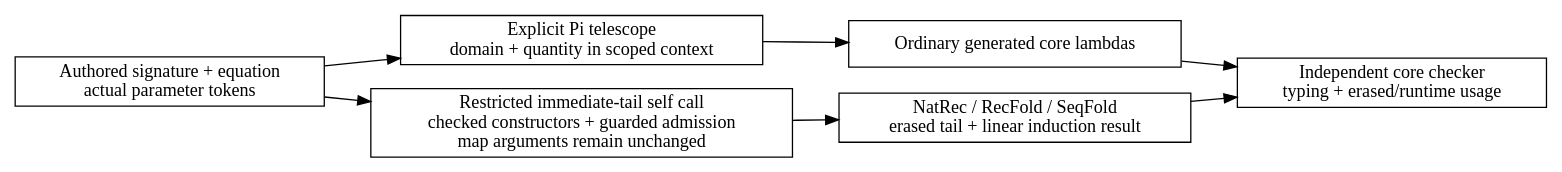
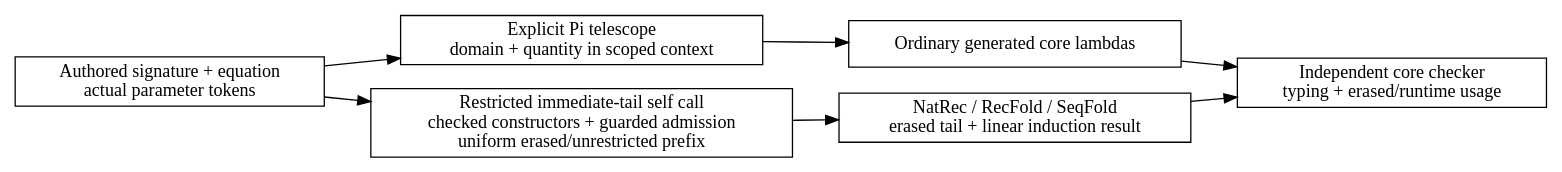
Before and after one commit to odunboye/fibril: the diagram in docs/diagrams/function-equations.dot, drawn with Graphviz. The commit also changed 8 other files, not shown here.

```diff
--- a/docs/diagrams/function-equations.dot
+++ b/docs/diagrams/function-equations.dot
@@ -1,12 +1,12 @@
 digraph FunctionEquations {
   rankdir=LR;
   node [shape=box];
   source [label="Authored signature + equation\nactual parameter tokens"];
   pi [label="Explicit Pi telescope\ndomain + quantity in scoped context"];
   body [label="Ordinary generated core lambdas"];
-  structural [label="Restricted immediate-tail self call\nchecked constructors + guarded admission\nmap arguments remain unchanged"];
+  structural [label="Restricted immediate-tail self call\nchecked constructors + guarded admission\nuniform erased/unrestricted prefix"];
   fold [label="NatRec / RecFold / SeqFold\nerased tail + linear induction result"];
   check [label="Independent core checker\ntyping + erased/runtime usage"];
   source -> pi -> body -> check;
   source -> structural -> fold -> check;
 }
```
